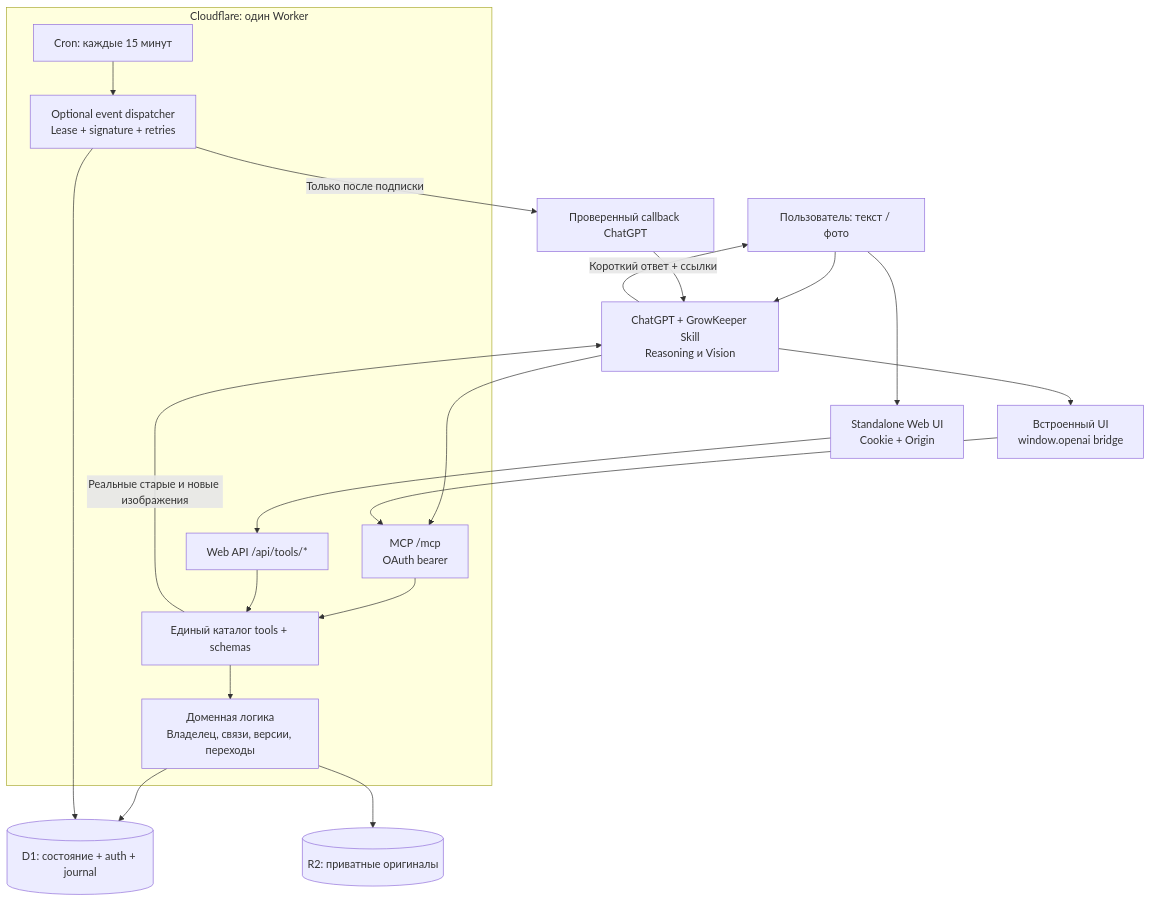
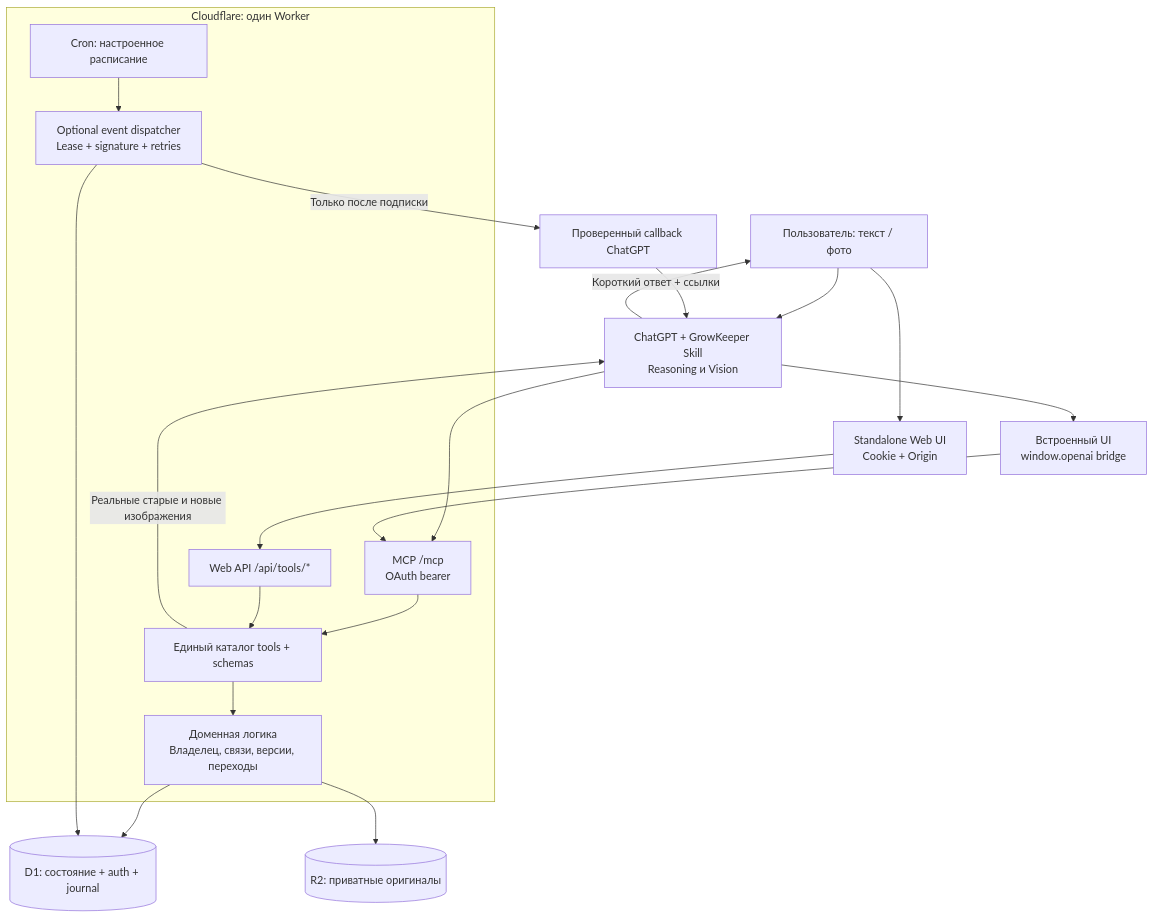
One commit to nicelight/growkeeper changed the first of 9 diagrams in docs/DIAGRAMS.md. Above: the diagram before and after it, drawn with Mermaid. The commit also changed other lines of this file and 45 other files, not shown here.

````diff
--- a/docs/DIAGRAMS.md
+++ b/docs/DIAGRAMS.md
@@ -7,22 +7,22 @@
 ```mermaid
 flowchart TD
     User["Пользователь: текст / фото"] --> Chat["ChatGPT + GrowKeeper Skill\nReasoning и Vision"]
     Chat --> MCP["MCP /mcp\nOAuth bearer"]
     User --> Web["Standalone Web UI\nCookie + Origin"]
     Chat --> Widget["Встроенный UI\nwindow.openai bridge"]
     Widget --> MCP
     Web --> API["Web API /api/tools/*"]
     subgraph CF["Cloudflare: один Worker"]
         MCP --> Tools["Единый каталог tools + schemas"]
         API --> Tools
         Tools --> Domain["Доменная логика\nВладелец, связи, версии, переходы"]
-        Cron["Cron: каждые 15 минут"] --> Delivery["Optional event dispatcher\nLease + signature + retries"]
+        Cron["Cron: настроенное расписание"] --> Delivery["Optional event dispatcher\nLease + signature + retries"]
     end
     Domain --> DB[("D1: состояние + auth + journal")]
     Domain --> R2[("R2: приватные оригиналы")]
     Delivery --> DB
     Delivery -->|"Только после подписки"| Callback["Проверенный callback ChatGPT"]
     Callback --> Chat
     Tools -->|"Реальные старые и новые изображения"| Chat
     Chat -->|"Короткий ответ + ссылки"| User
 ```
````
